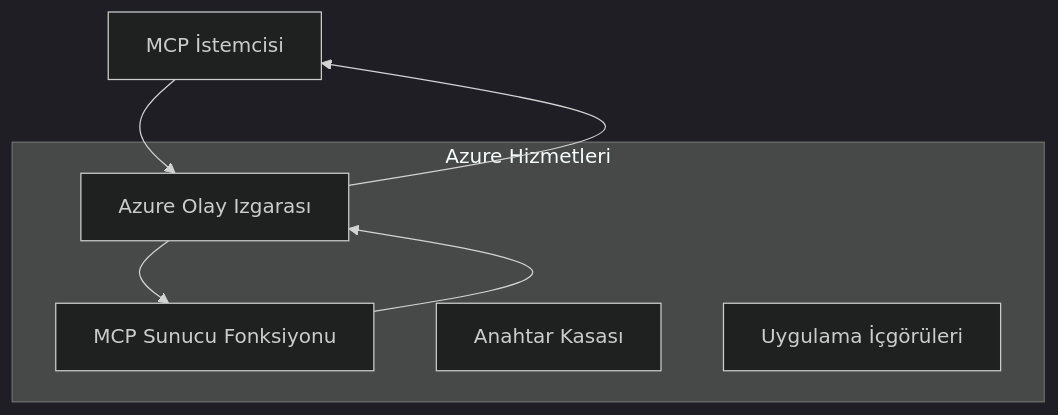
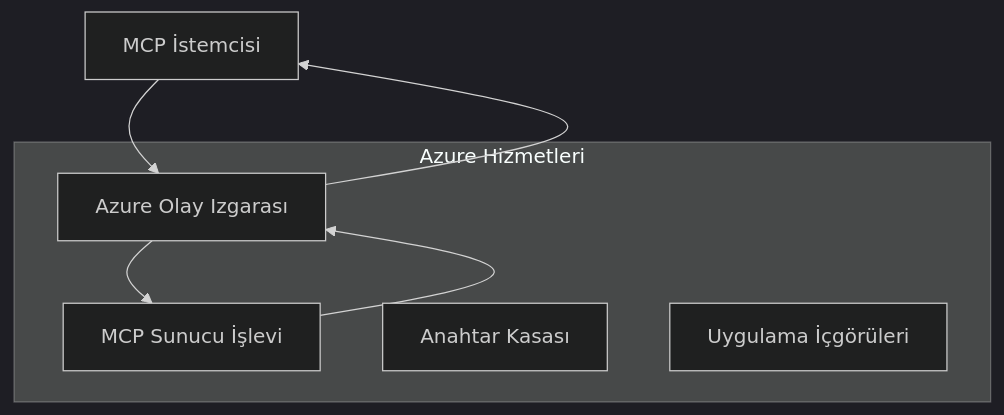
One commit to HIDORAKAI002/ai-workspace-archive changed the first of 2 diagrams in mcp_ecosystem__model_context_protocol/mcp_learning_resources/mcp-for-beginners/translations/tr/05-AdvancedTopics/mcp-transport/README.md. Above: the diagram before and after it, drawn with Mermaid (dark theme). The commit also changed other lines of this file and 1046 other files, not shown here.

````diff
--- a/mcp_ecosystem__model_context_protocol/mcp_learning_resources/mcp-for-beginners/translations/tr/05-AdvancedTopics/mcp-transport/README.md
+++ b/mcp_ecosystem__model_context_protocol/mcp_learning_resources/mcp-for-beginners/translations/tr/05-AdvancedTopics/mcp-transport/README.md
@@ -58,14 +60,14 @@
 ```mermaid
 graph TB
     Client[MCP İstemcisi] --> EG[Azure Olay Izgarası]
-    EG --> Server[MCP Sunucu Fonksiyonu]
+    EG --> Server[MCP Sunucu İşlevi]
     Server --> EG
     EG --> Client
     
     subgraph "Azure Hizmetleri"
         EG
         Server
         KV[Anahtar Kasası]
         Monitor[Uygulama İçgörüleri]
     end
 ```
````
